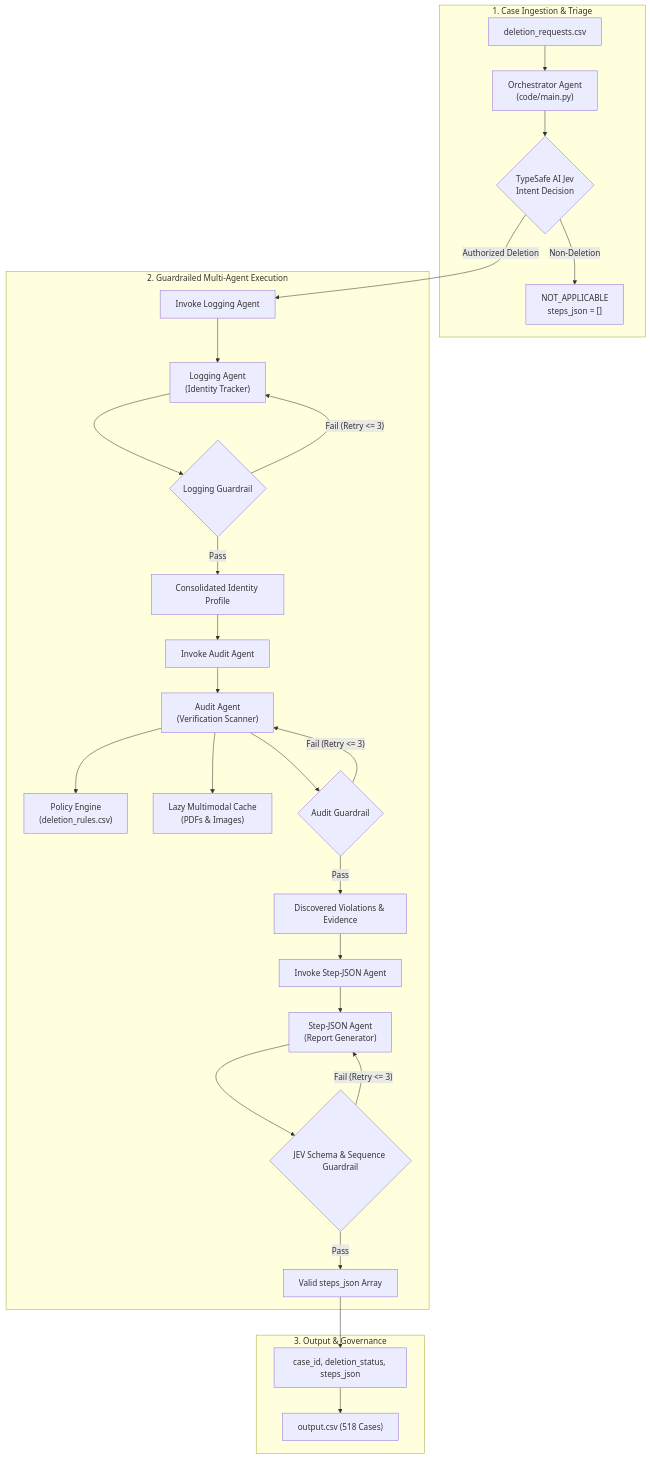
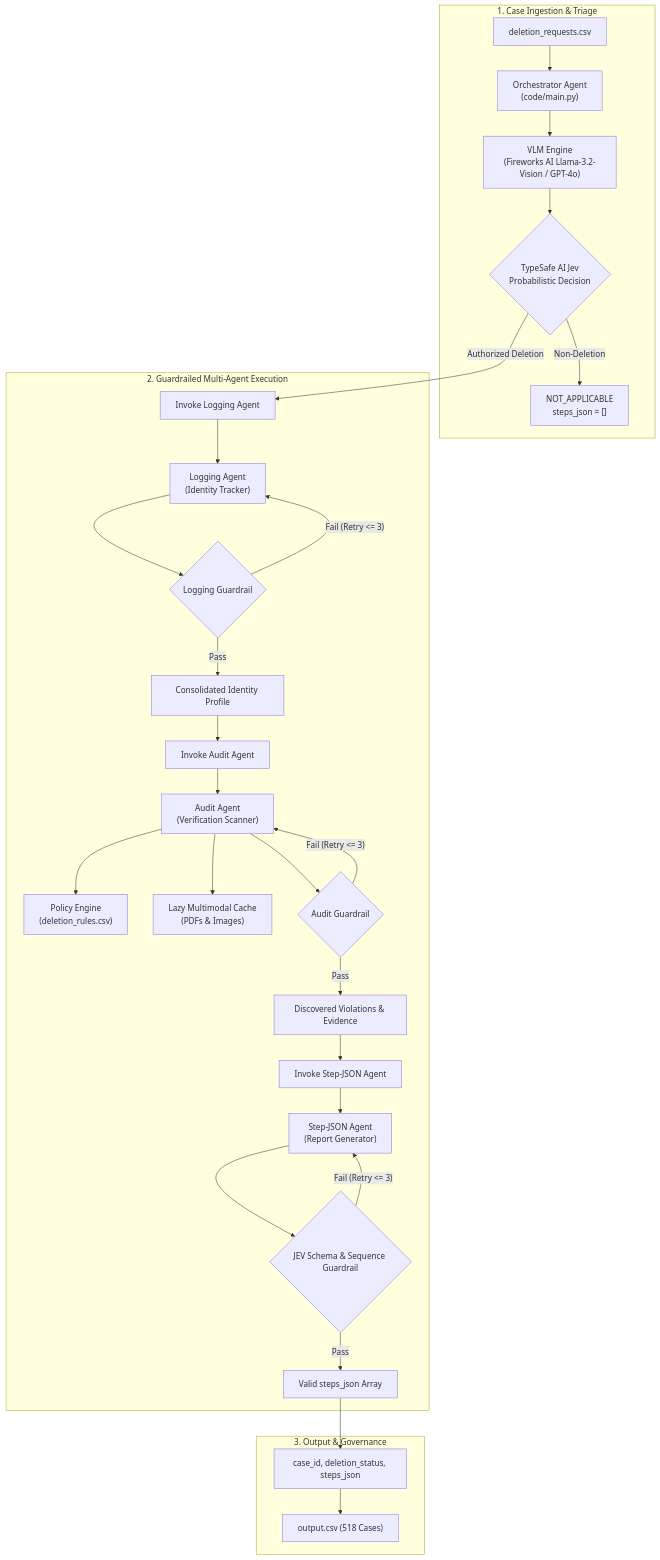
Before and after one commit to akshitgog/hackerrank-orchestrate: the diagram in doc/architecture.md, drawn with Mermaid. The commit also changed other lines of this file and 2 other files, not shown here.

Commit message:
docs: add Fireworks AI VLM options and tandem architecture with TypeSafe AI Jev

````diff
--- a/doc/architecture.md
+++ b/doc/architecture.md
@@ -9,35 +9,36 @@
 ```mermaid
 flowchart TD
     subgraph INTAKE["1. Case Ingestion & Triage"]
         REQ["deletion_requests.csv"] --> ORCH["Orchestrator Agent<br/>(code/main.py)"]
-        ORCH --> JEV{"TypeSafe AI Jev<br/>Intent Decision"}
+        ORCH --> VLM["VLM Engine<br/>(Fireworks AI Llama-3.2-Vision / GPT-4o)"]
+        VLM --> JEV{"TypeSafe AI Jev<br/>Probabilistic Decision"}
         JEV -- "Non-Deletion" --> NA["NOT_APPLICABLE<br/>steps_json = []"]
     end
 
     subgraph PIPELINE["2. Guardrailed Multi-Agent Execution"]
         JEV -- "Authorized Deletion" --> LOG_CALL["Invoke Logging Agent"]
         LOG_CALL --> LOG_A["Logging Agent<br/>(Identity Tracker)"]
         LOG_A --> G_LOG{"Logging Guardrail"}
         G_LOG -- "Fail (Retry <= 3)" --> LOG_A
         G_LOG -- "Pass" --> ID_PROF["Consolidated Identity Profile"]
 
         ID_PROF --> AUD_CALL["Invoke Audit Agent"]
         AUD_CALL --> AUD_A["Audit Agent<br/>(Verification Scanner)"]
         AUD_A --> POL["Policy Engine<br/>(deletion_rules.csv)"]
         AUD_A --> LAZY_CACHE["Lazy Multimodal Cache<br/>(PDFs & Images)"]
         AUD_A --> G_AUD{"Audit Guardrail"}
         G_AUD -- "Fail (Retry <= 3)" --> AUD_A
         G_AUD -- "Pass" --> VIOLATIONS["Discovered Violations & Evidence"]
 
         VIOLATIONS --> JSON_CALL["Invoke Step-JSON Agent"]
         JSON_CALL --> JSON_A["Step-JSON Agent<br/>(Report Generator)"]
         JSON_A --> G_JEV{"JEV Schema & Sequence Guardrail"}
         G_JEV -- "Fail (Retry <= 3)" --> JSON_A
         G_JEV -- "Pass" --> FORMATTED_STEPS["Valid steps_json Array"]
     end
 
     subgraph OUTPUT["3. Output & Governance"]
         FORMATTED_STEPS --> OUT_ROW["case_id, deletion_status, steps_json"]
         OUT_ROW --> OUT_CSV["output.csv (518 Cases)"]
     end
 ```
````
